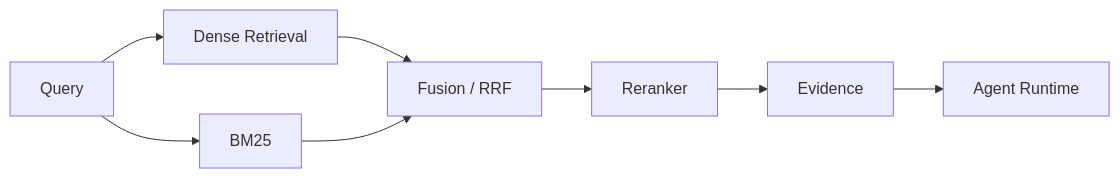
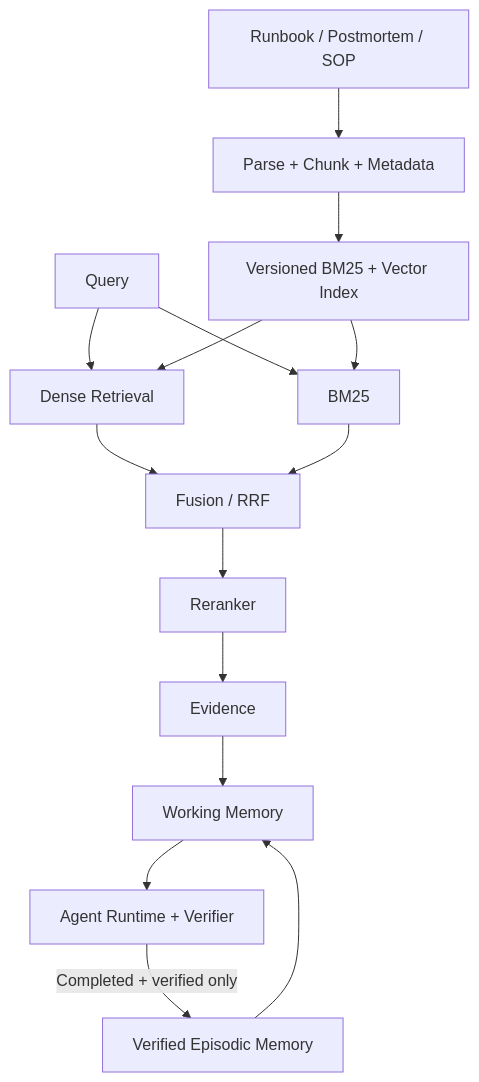
One commit to WeSsZz/AI-Engineer-Roadmap-2026 changed the third of 3 diagrams in projects/enterprise-agent/architecture.md. Above: the diagram before and after it, drawn with Mermaid. The commit also changed other lines of this file and 6 other files, not shown here.

Commit message:
docs: add evaluated RAG and controlled memory roadmap

````diff
--- a/projects/enterprise-agent/architecture.md
+++ b/projects/enterprise-agent/architecture.md
@@ -143,10 +148,17 @@
 ```mermaid
-flowchart LR
+flowchart TD
+    DOC["Runbook / Postmortem / SOP"] --> ING["Parse + Chunk + Metadata"]
+    ING --> IDX["Versioned BM25 + Vector Index"]
     Q["Query"] --> DR["Dense Retrieval"]
     Q --> BM["BM25"]
+    IDX --> DR
+    IDX --> BM
     DR --> F["Fusion / RRF"]
     BM --> F
     F --> RR["Reranker"]
     RR --> E["Evidence"]
-    E --> A["Agent Runtime"]
+    E --> WM["Working Memory"]
+    EM["Verified Episodic Memory"] --> WM
+    WM --> A["Agent Runtime + Verifier"]
+    A -->|"Completed + verified only"| EM
 ```
````
